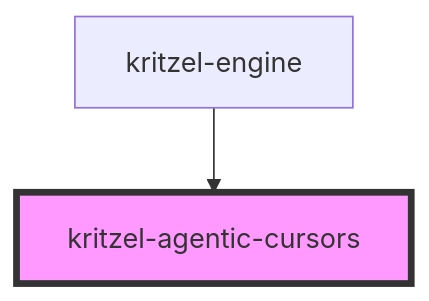
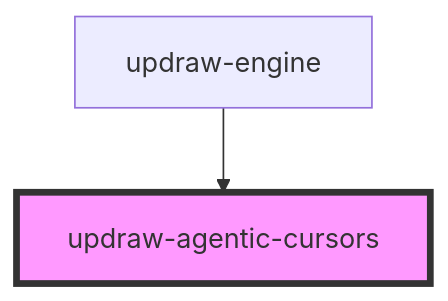
The diagram in libs/engine/core/src/components/updraw-agentic-cursors/readme.md (kasual1/kritzel), drawn with Mermaid before and after one commit. The commit also changed other lines of this file and 1129 other files, not shown here.

First line of the commit message:
Replace kritzel with updraw across the codebase

````diff
--- a/libs/engine/core/src/components/updraw-agentic-cursors/readme.md
+++ b/libs/engine/core/src/components/updraw-agentic-cursors/readme.md
@@ -36,5 +36,5 @@
 ```mermaid
 graph TD;
-  kritzel-engine --> kritzel-agentic-cursors
-  style kritzel-agentic-cursors fill:#f9f,stroke:#333,stroke-width:4px
+  updraw-engine --> updraw-agentic-cursors
+  style updraw-agentic-cursors fill:#f9f,stroke:#333,stroke-width:4px
 ```
````
